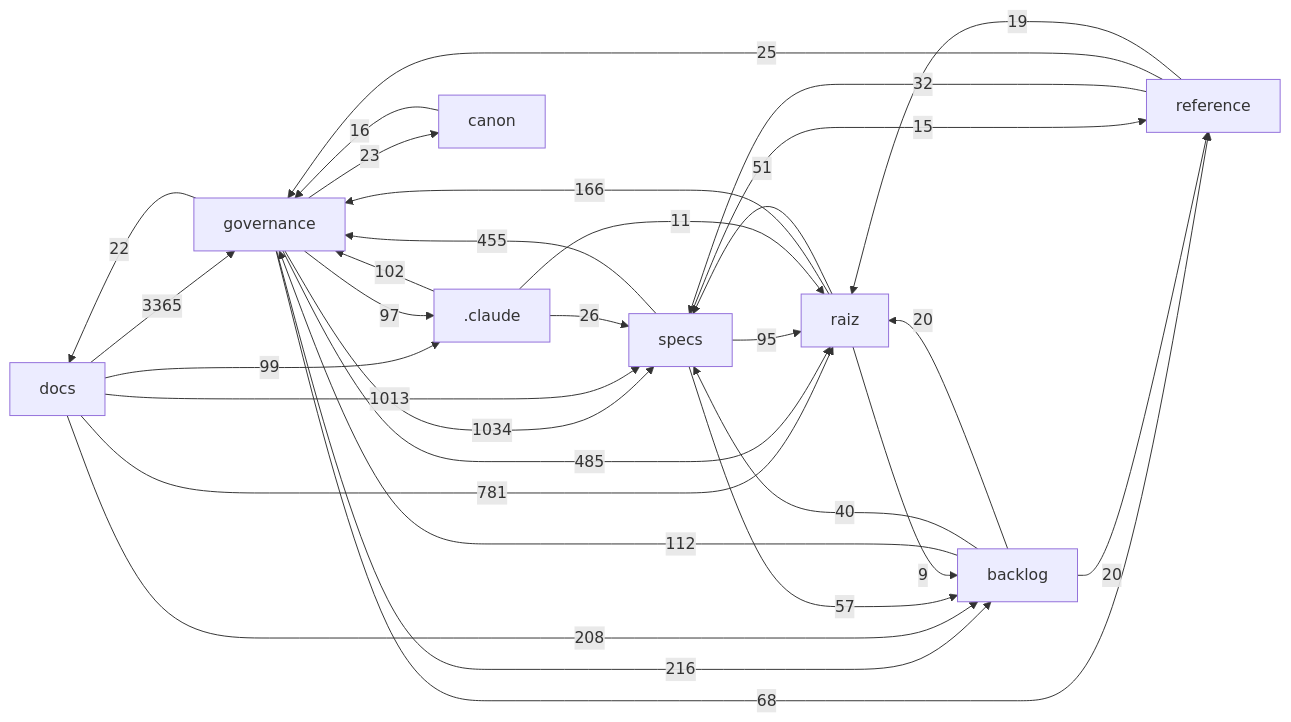
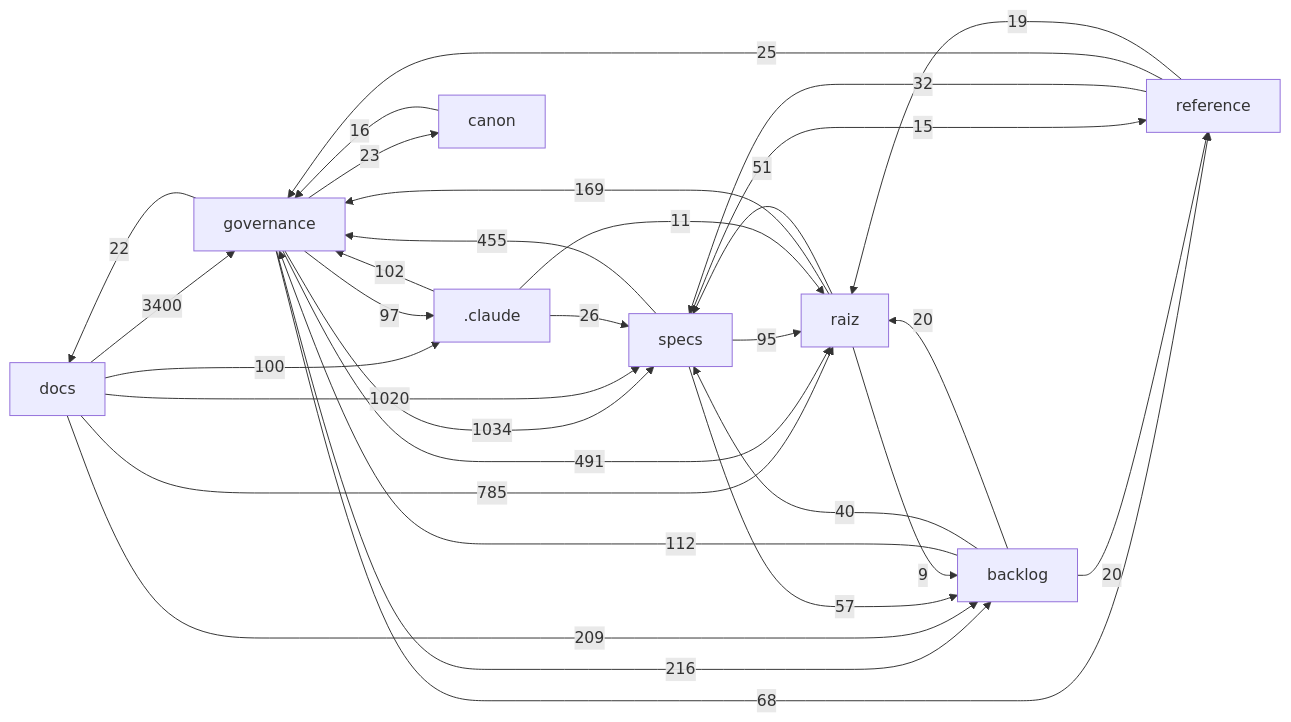
Before and after one commit to Andraus35/Sistema-Operacional-de-Trading--SOT: the diagram in docs/mapa/MAPA-PROJETO.md, drawn with Mermaid. The commit also changed other lines of this file and 6 other files, not shown here.

````diff
--- a/docs/mapa/MAPA-PROJETO.md
+++ b/docs/mapa/MAPA-PROJETO.md
@@ -29,33 +29,33 @@
 ```mermaid
 flowchart LR
-  docs["docs"] -->|3365| governance["governance"]
+  docs["docs"] -->|3400| governance["governance"]
   governance["governance"] -->|1034| specs["specs"]
-  docs["docs"] -->|1013| specs["specs"]
-  docs["docs"] -->|781| raiz["raiz"]
-  governance["governance"] -->|485| raiz["raiz"]
+  docs["docs"] -->|1020| specs["specs"]
+  docs["docs"] -->|785| raiz["raiz"]
+  governance["governance"] -->|491| raiz["raiz"]
   specs["specs"] -->|455| governance["governance"]
   governance["governance"] -->|216| backlog["backlog"]
-  docs["docs"] -->|208| backlog["backlog"]
-  raiz["raiz"] -->|166| governance["governance"]
+  docs["docs"] -->|209| backlog["backlog"]
+  raiz["raiz"] -->|169| governance["governance"]
   backlog["backlog"] -->|112| governance["governance"]
   _claude[".claude"] -->|102| governance["governance"]
-  docs["docs"] -->|99| _claude[".claude"]
+  docs["docs"] -->|100| _claude[".claude"]
   governance["governance"] -->|97| _claude[".claude"]
   specs["specs"] -->|95| raiz["raiz"]
   governance["governance"] -->|68| reference["reference"]
   specs["specs"] -->|57| backlog["backlog"]
   raiz["raiz"] -->|51| specs["specs"]
   backlog["backlog"] -->|40| specs["specs"]
   reference["reference"] -->|32| specs["specs"]
   _claude[".claude"] -->|26| specs["specs"]
   reference["reference"] -->|25| governance["governance"]
   governance["governance"] -->|23| canon["canon"]
   governance["governance"] -->|22| docs["docs"]
   backlog["backlog"] -->|20| raiz["raiz"]
   backlog["backlog"] -->|20| reference["reference"]
   reference["reference"] -->|19| raiz["raiz"]
   canon["canon"] -->|16| governance["governance"]
   specs["specs"] -->|15| reference["reference"]
   _claude[".claude"] -->|11| raiz["raiz"]
   raiz["raiz"] -->|9| backlog["backlog"]
 ```
````
